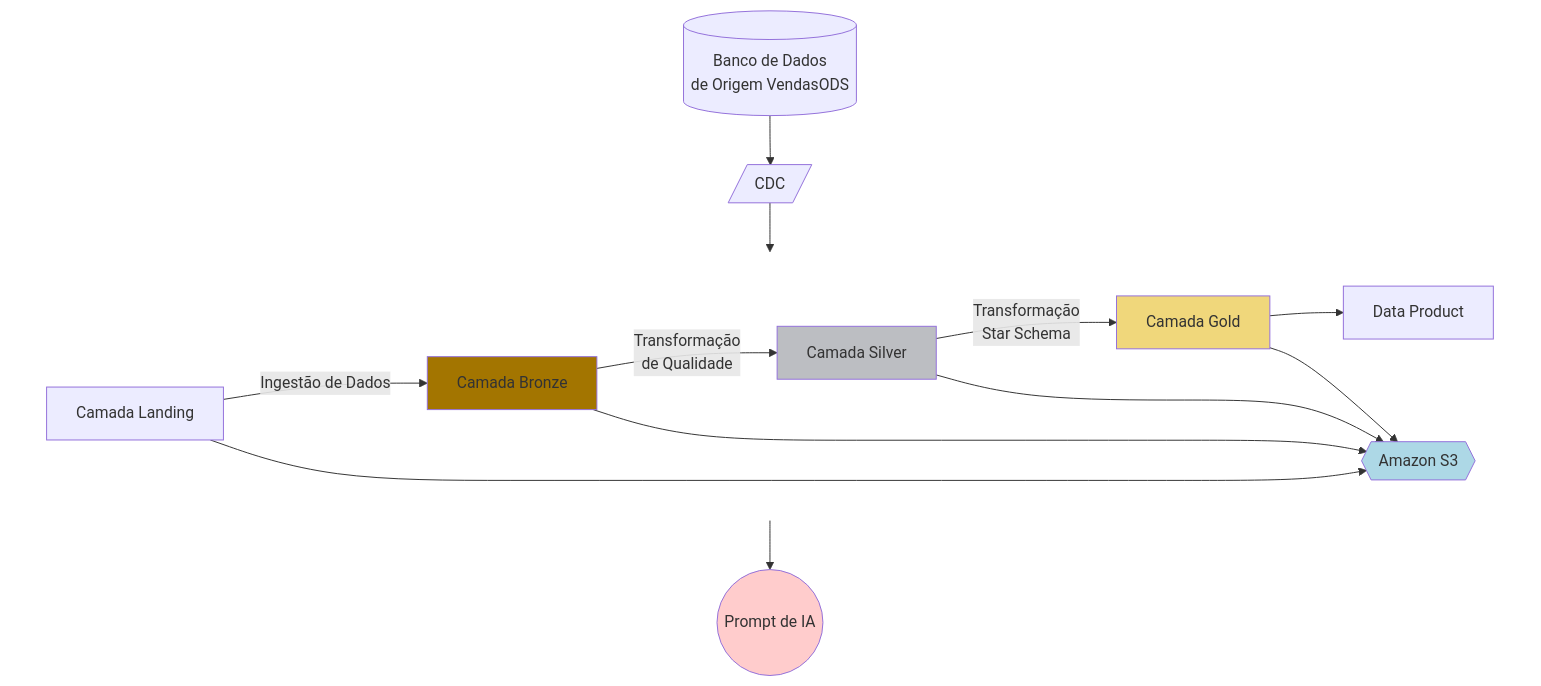
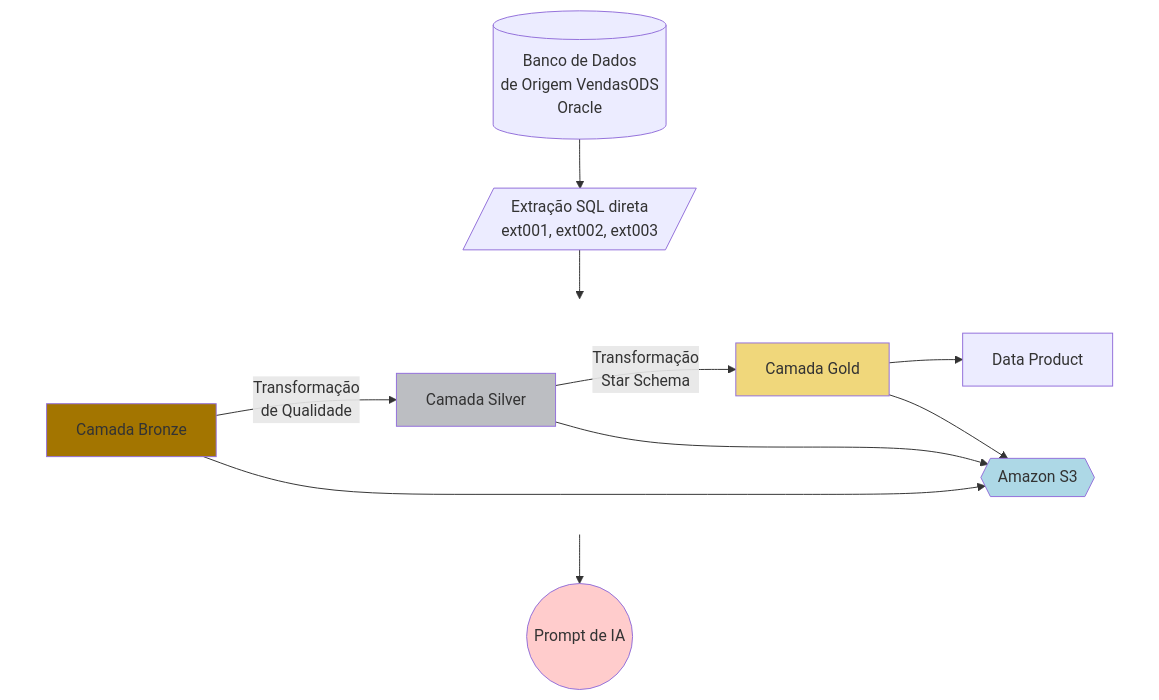
Before and after one commit to pbergo/Qlik_IA_Development: the first of 2 diagrams in Projeto Exemplo 1/README.md, drawn with Mermaid. The commit also changed other lines of this file and 51 other files, not shown here.

````diff
--- a/Projeto Exemplo 1/README.md
+++ b/Projeto Exemplo 1/README.md
@@ -69,35 +24,35 @@
 ```mermaid
 
 flowchart TD
     SourceDB[(Banco de Dados
-    de Origem VendasODS)] --> CDC[/CDC/]
-    CDC --> Landing
+    de Origem VendasODS
+    Oracle)] --> Extract[/Extração SQL direta
+    ext001, ext002, ext003/]
+    Extract --> Bronze
 
     subgraph Layers[ ]
         direction LR
         style Layers fill:none,stroke:none
 
-        Landing[Camada Landing] -- Ingestão de Dados --> Bronze
         Bronze[Camada Bronze] -- Transformação
         de Qualidade --> Silver[Camada Silver]
         Silver -- Transformação
         Star Schema --> Gold[Camada Gold]
         Gold --> DataProduct[Data Product]
 
         Storage{{Amazon S3}}
-                Landing --> Storage
                 Bronze --> Storage
                 Silver --> Storage
                 Gold --> Storage
      end
 
     DataProduct --> Prompt((Prompt de IA))
 
     %% Estilos
     style Bronze fill: #A37500
     style Silver fill: #BCBEC2
     style Gold fill: #F0D77B
     style Storage fill: lightblue
     style Prompt fill:#ffcccc
 
 ```
````
